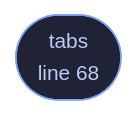
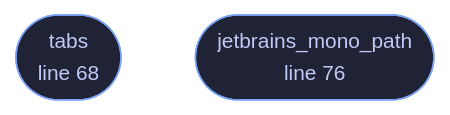
One commit to tilas01/veilvoice changed the diagram in docs/files/veilvoice-gui/lib.md. Above: the diagram before and after it, drawn with Mermaid. The commit also changed other lines of this file and 72 other files, not shown here.

````diff
--- a/docs/files/veilvoice-gui/lib.md
+++ b/docs/files/veilvoice-gui/lib.md
@@ -104,8 +105,10 @@
 ```mermaid
 %%{init: {"theme":"base","themeVariables":{"background":"#1a1b26","primaryColor":"#1f2335","primaryTextColor":"#c0caf5","primaryBorderColor":"#7aa2f7","secondaryColor":"#16161e","tertiaryColor":"#16161e","lineColor":"#737aa2","textColor":"#c0caf5","mainBkg":"#1f2335","nodeBorder":"#7aa2f7","clusterBkg":"#16161e","clusterBorder":"#2f3549","fontFamily":"ui-monospace, SFMono-Regular, Consolas, monospace","fontSize":"14px"}}}%%
 flowchart TD
     n_tabs(["tabs<br/>line 68"])
+    n_jetbrains_mono_path(["jetbrains_mono_path<br/>line 76"])
     click n_tabs href "https://github.com/tilas01/veilvoice/blob/main/crates/veilvoice-gui/src/lib.rs#L68" "open the source"
+    click n_jetbrains_mono_path href "https://github.com/tilas01/veilvoice/blob/main/crates/veilvoice-gui/src/lib.rs#L76" "open the source"
     classDef entry fill:#1f2335,stroke:#7aa2f7,color:#c0caf5
-    class n_tabs entry
+    class n_tabs,n_jetbrains_mono_path entry
 ```
````
